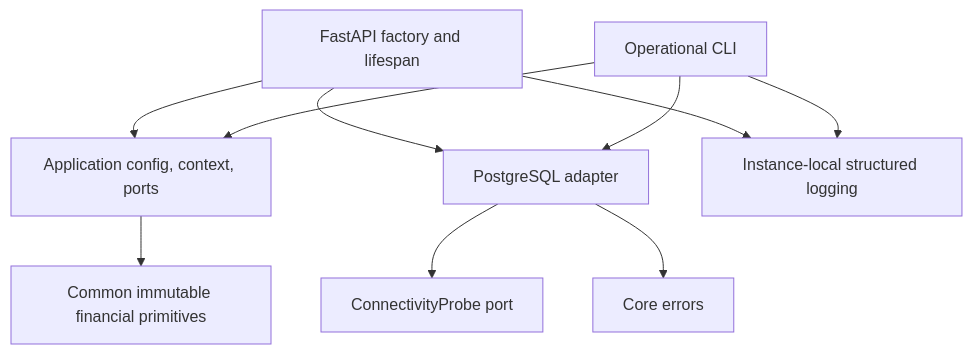
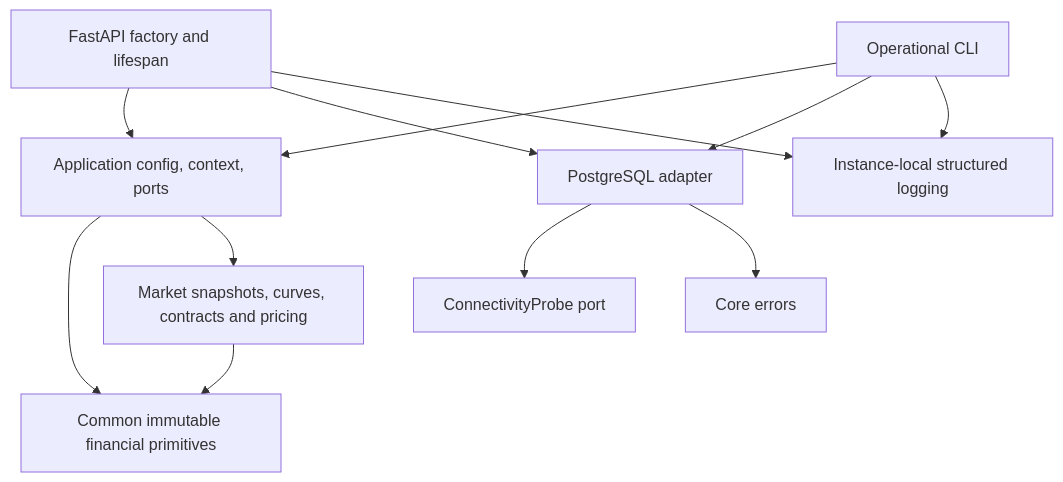
One commit to vaibhav7506/parallax-risk changed the diagram in docs/architecture/foundation.md. Above: the diagram before and after it, drawn with Mermaid. The commit also changed other lines of this file and 15 other files, not shown here.

````diff
--- a/docs/architecture/foundation.md
+++ b/docs/architecture/foundation.md
@@ -8,12 +9,14 @@
 ```mermaid
 flowchart TD
     HTTP[FastAPI factory and lifespan] --> APP[Application config, context, ports]
     CLI[Operational CLI] --> APP
     HTTP --> DB[PostgreSQL adapter]
     CLI --> DB
     DB --> PORT[ConnectivityProbe port]
     APP --> CORE[Common immutable financial primitives]
+    APP --> DOMAIN[Market snapshots, curves, contracts and pricing]
+    DOMAIN --> CORE
     DB --> ERR[Core errors]
     HTTP --> LOG[Instance-local structured logging]
     CLI --> LOG
 ```
````
